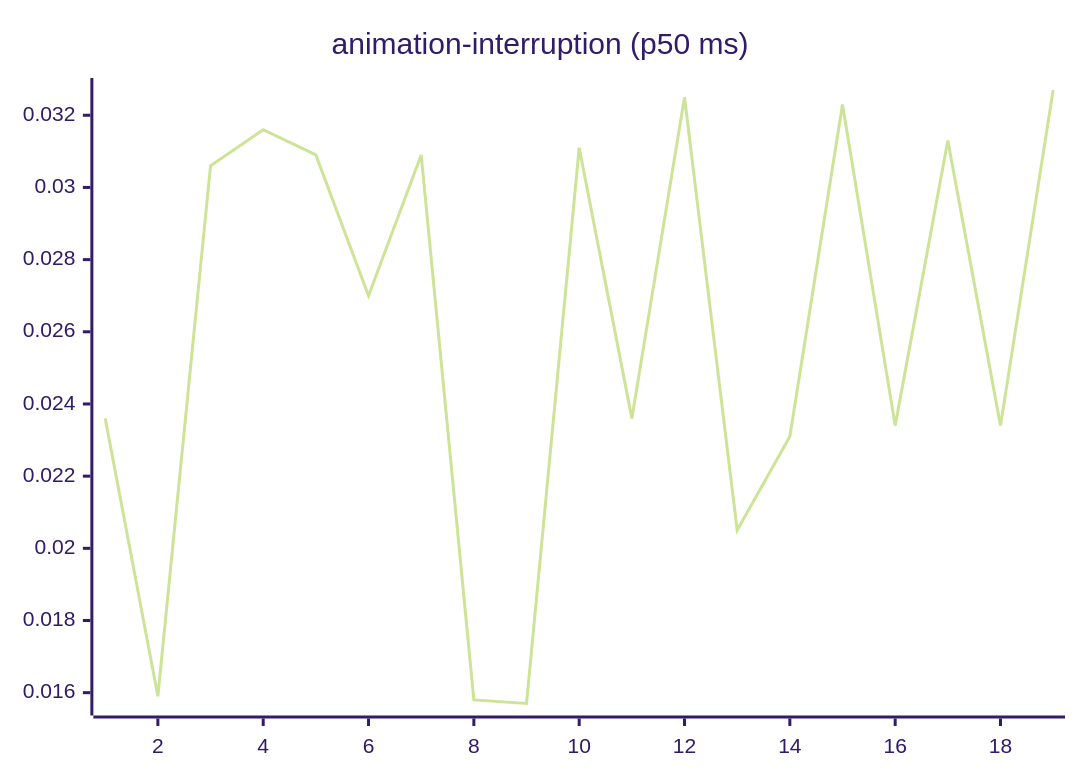
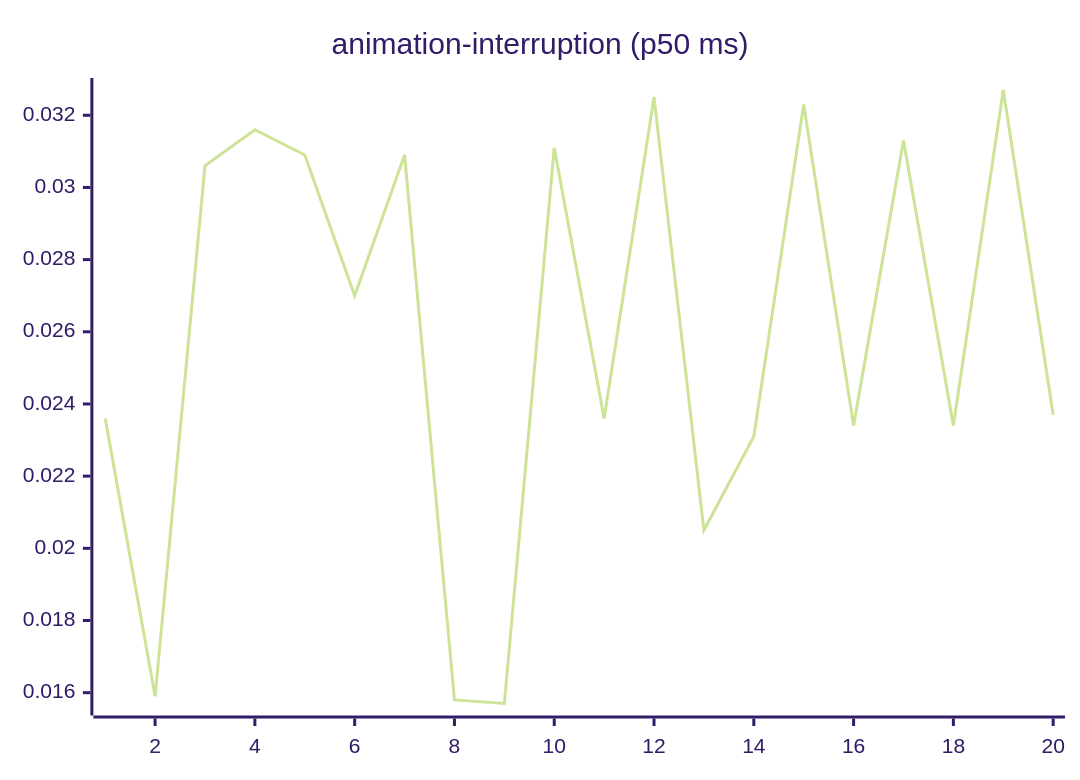
The third of 27 diagrams in README.md (josha/Facet), drawn with Mermaid (forest theme) before and after one commit. The commit also changed other lines of this file and 2 other files, not shown here.

````diff
--- a/README.md
+++ b/README.md
@@ -77,6 +77,6 @@
 ```mermaid
 xychart-beta
     title "animation-interruption (p50 ms)"
-    x-axis 1 --> 19
-    line [0.0236, 0.0159, 0.0306, 0.0316, 0.0309, 0.0270, 0.0309, 0.0158, 0.0157, 0.0311, 0.0236, 0.0325, 0.0205, 0.0231, 0.0323, 0.0234, 0.0313, 0.0234, 0.0327]
+    x-axis 1 --> 20
+    line [0.0236, 0.0159, 0.0306, 0.0316, 0.0309, 0.0270, 0.0309, 0.0158, 0.0157, 0.0311, 0.0236, 0.0325, 0.0205, 0.0231, 0.0323, 0.0234, 0.0313, 0.0234, 0.0327, 0.0237]
 ```
````
